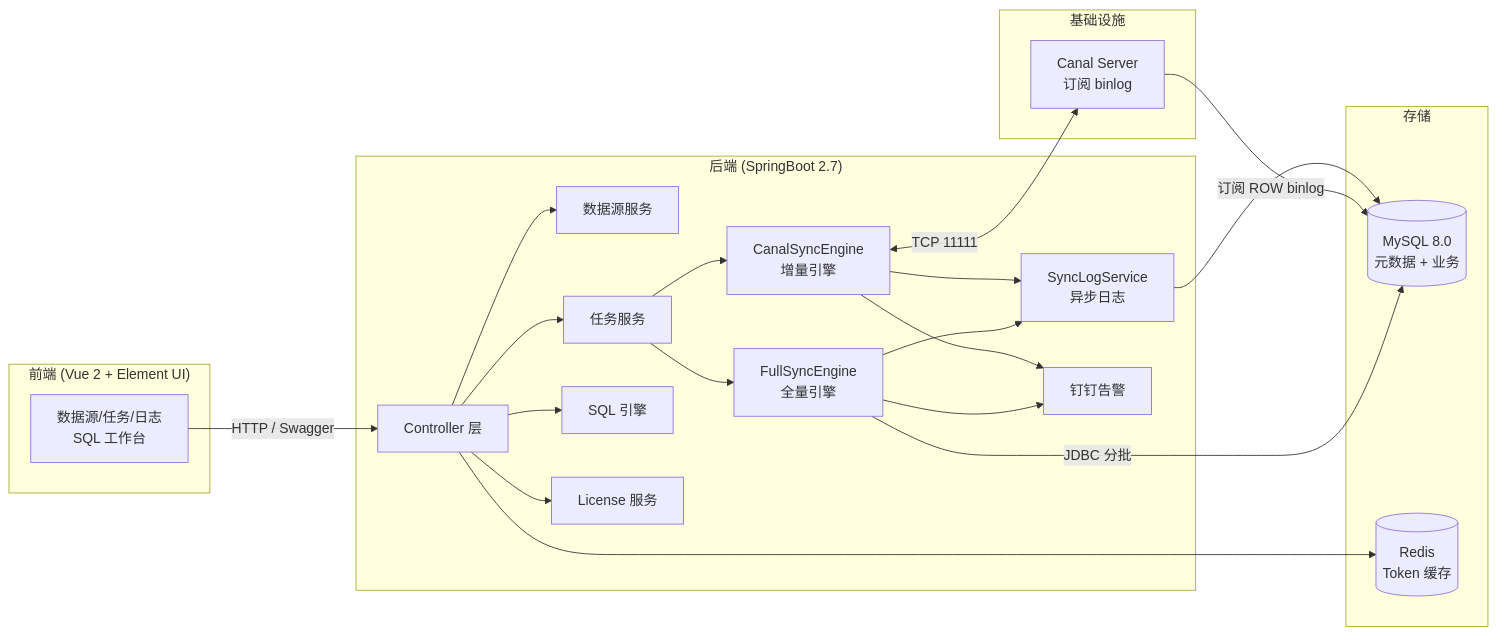
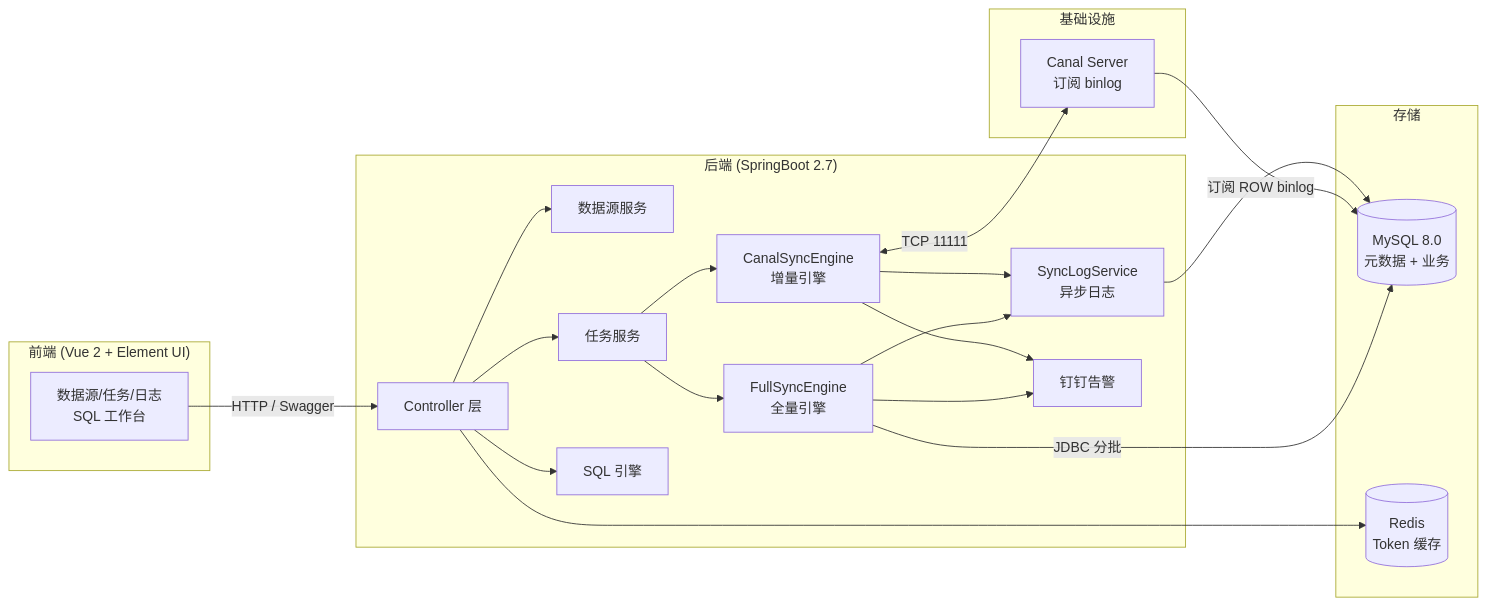
One commit to qingtiandatamove/datamove changed the diagram in BLOG.md. Above: the diagram before and after it, drawn with Mermaid. The commit also changed other lines of this file and 1 other file, not shown here.

First line of the commit message:
docs: 移除文档中的 License 授权内容，同步耗时改为分用例统计

````diff
--- a/BLOG.md
+++ b/BLOG.md
@@ -48,37 +47,36 @@
 ```mermaid
 flowchart LR
     subgraph Frontend["前端 (Vue 2 + Element UI)"]
         UI[数据源/任务/日志<br/>SQL 工作台]
     end
     subgraph Backend["后端 (SpringBoot 2.7)"]
         CTRL[Controller 层]
         DS[数据源服务]
         TS[任务服务]
         FullEng[FullSyncEngine<br/>全量引擎]
         IncrEng[CanalSyncEngine<br/>增量引擎]
         SQLEng[SQL 引擎]
-        Lic[License 服务]
         LogSvc[SyncLogService<br/>异步日志]
         Ding[钉钉告警]
     end
     subgraph Storage["存储"]
         MySQL[(MySQL 8.0<br/>元数据 + 业务)]
         Redis[(Redis<br/>Token 缓存)]
     end
     subgraph Infra["基础设施"]
         CanalSrv[Canal Server<br/>订阅 binlog]
     end
 
     UI -->|HTTP / Swagger| CTRL
-    CTRL --> DS & TS & SQLEng & Lic
+    CTRL --> DS & TS & SQLEng
     TS --> FullEng
     TS --> IncrEng
     FullEng -->|JDBC 分批| MySQL
     IncrEng <-->|TCP 11111| CanalSrv
     CanalSrv -->|订阅 ROW binlog| MySQL
     FullEng --> LogSvc
     IncrEng --> LogSvc
     LogSvc --> MySQL
     FullEng & IncrEng --> Ding
     CTRL --> Redis
 ```
````
